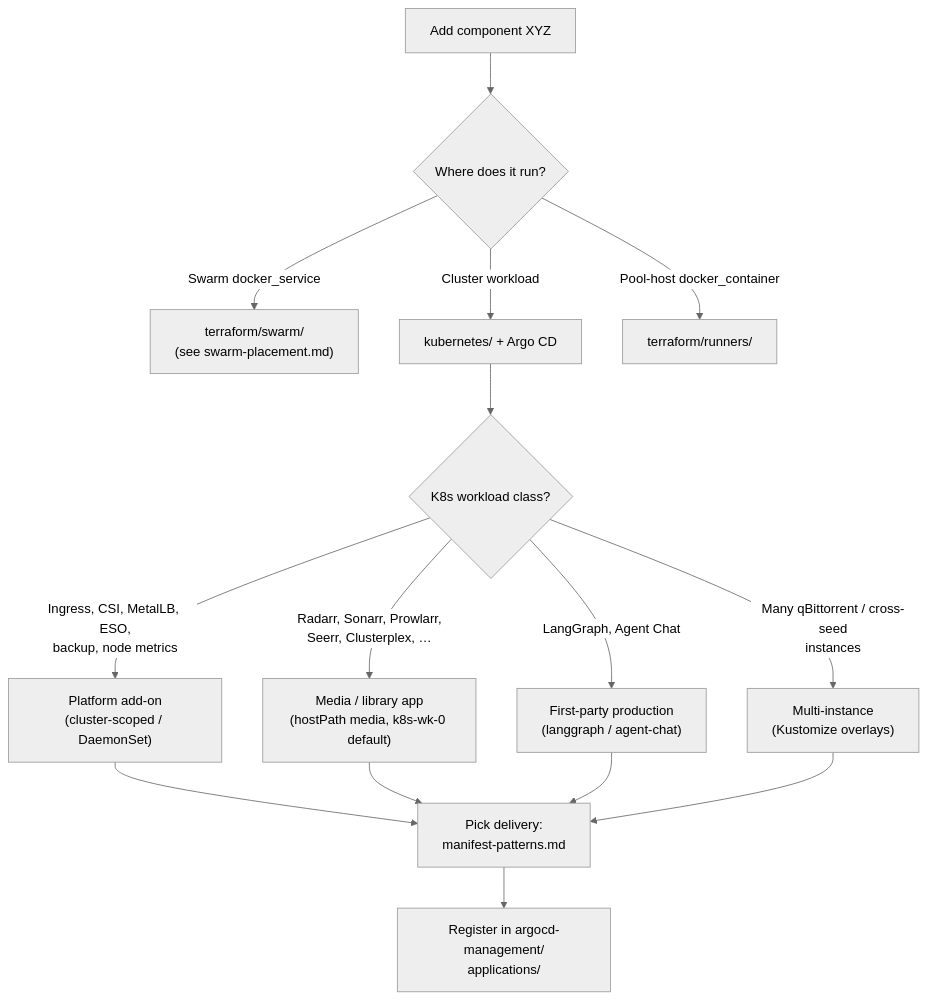
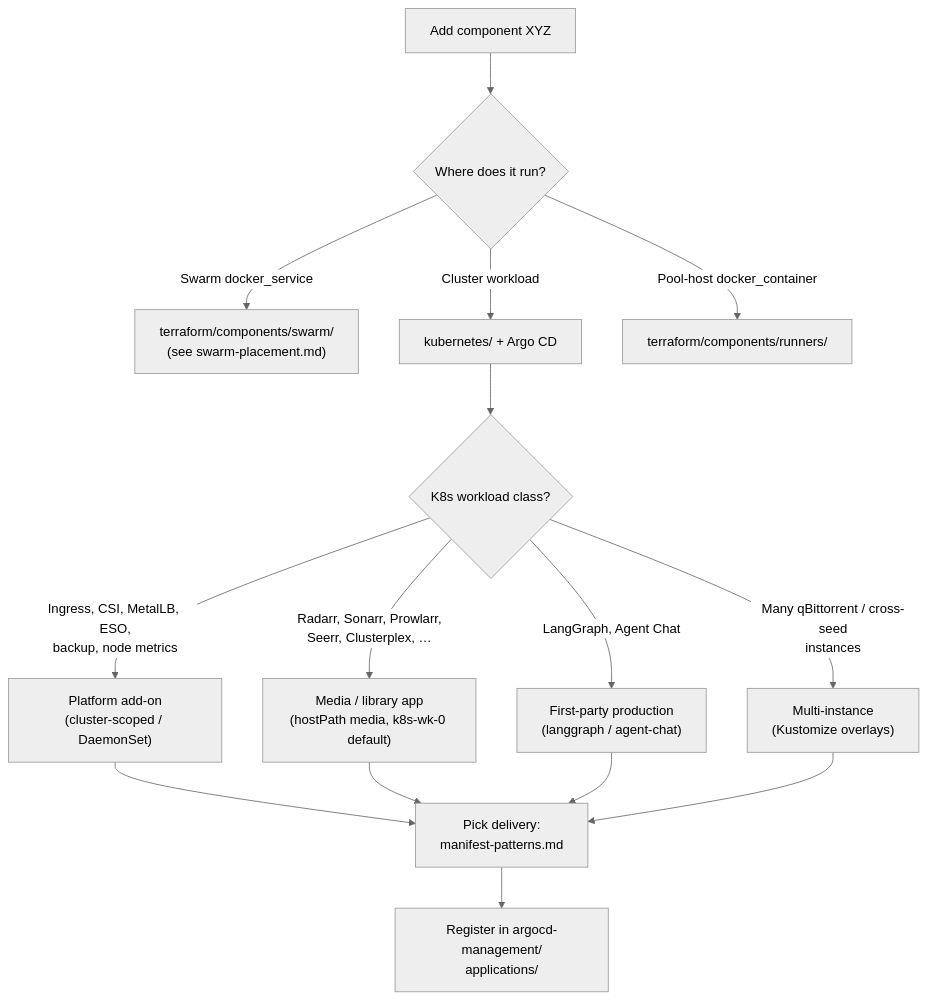
One commit to nodadyoushutup/homelab changed the diagram in docs/architecture/kubernetes/placement.md. Above: the diagram before and after it, drawn with Mermaid (neutral theme). The commit also changed other lines of this file and 105 other files, not shown here.

````diff
--- a/docs/architecture/kubernetes/placement.md
+++ b/docs/architecture/kubernetes/placement.md
@@ -33,30 +33,30 @@
 ```mermaid
 flowchart TD
   start["Add component XYZ"]
   runtime{"Where does it run?"}
-  swarm["terraform/swarm/\n(see swarm-placement.md)"]
+  swarm["terraform/components/swarm/\n(see swarm-placement.md)"]
   k8s["kubernetes/ + Argo CD"]
-  runners["terraform/runners/"]
+  runners["terraform/components/runners/"]
   classify{"K8s workload class?"}
   platform["Platform add-on\n(cluster-scoped / DaemonSet)"]
   media["Media / library app\n(hostPath media, k8s-wk-0 default)"]
   firstparty["First-party production\n(langgraph / agent-chat)"]
   multi["Multi-instance\n(Kustomize overlays)"]
   patterns["Pick delivery:\nmanifest-patterns.md"]
   argo["Register in argocd-management/\napplications/"]
 
   start --> runtime
   runtime -->|Swarm docker_service| swarm
   runtime -->|Cluster workload| k8s
   runtime -->|Pool-host docker_container| runners
   k8s --> classify
   classify -->|Ingress, CSI, MetalLB, ESO,\nbackup, node metrics| platform
   classify -->|Radarr, Sonarr, Prowlarr,\nSeerr, Clusterplex, …| media
   classify -->|LangGraph, Agent Chat| firstparty
   classify -->|Many qBittorrent / cross-seed\ninstances| multi
   platform --> patterns
   media --> patterns
   firstparty --> patterns
   multi --> patterns
   patterns --> argo
 ```
````
